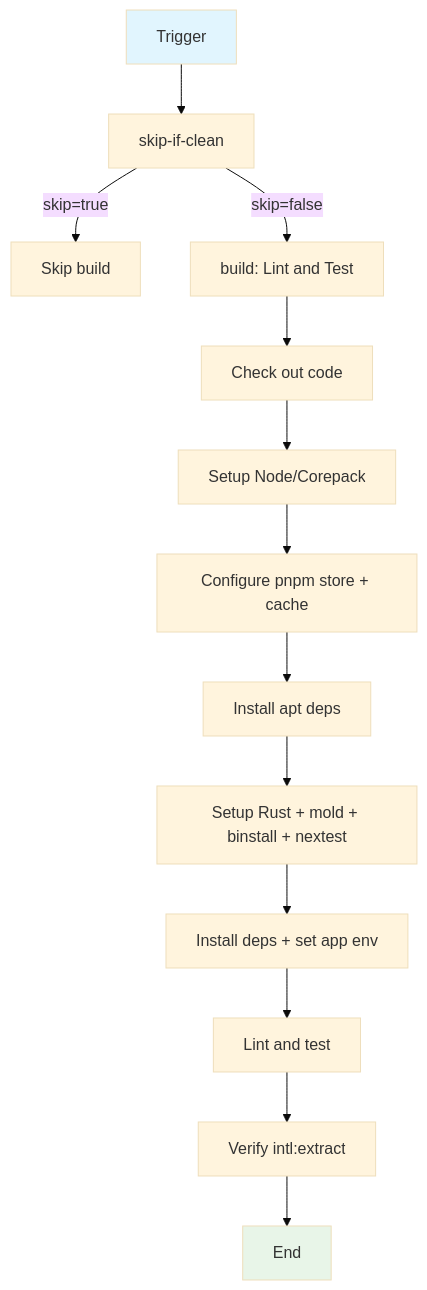
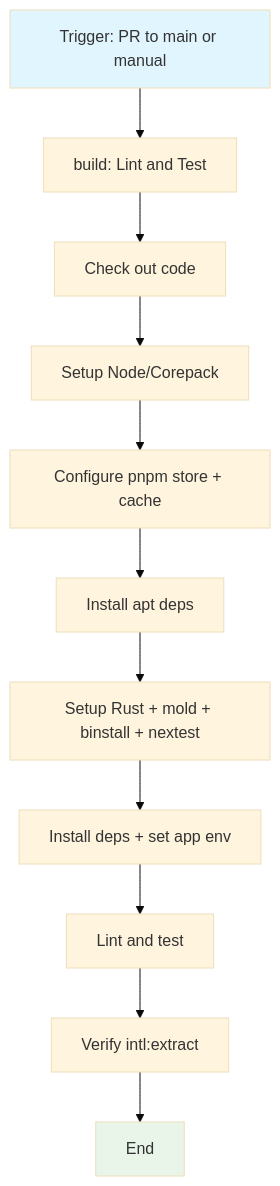
The diagram in spec/spec-process-cicd-ci.md (Helio-RC/Packrinth), drawn with Mermaid (base theme) before and after one commit. The commit also changed other lines of this file and 41 other files, not shown here.

````diff
--- a/spec/spec-process-cicd-ci.md
+++ b/spec/spec-process-cicd-ci.md
@@ -23,18 +22,16 @@
 ```mermaid
 graph TD
-    A[Trigger] --> B[skip-if-clean]
-    B -->|skip=true| C[Skip build]
-    B -->|skip=false| D[build: Lint and Test]
+    A[Trigger: PR to main or manual] --> D[build: Lint and Test]
     D --> E[Check out code]
     E --> F[Setup Node/Corepack]
     F --> G[Configure pnpm store + cache]
     G --> H[Install apt deps]
     H --> I[Setup Rust + mold + binstall + nextest]
     I --> J[Install deps + set app env]
     J --> K[Lint and test]
     K --> L[Verify intl:extract]
     L --> M[End]
 
     style A fill:#e1f5fe
     style M fill:#e8f5e8
 ```
````
